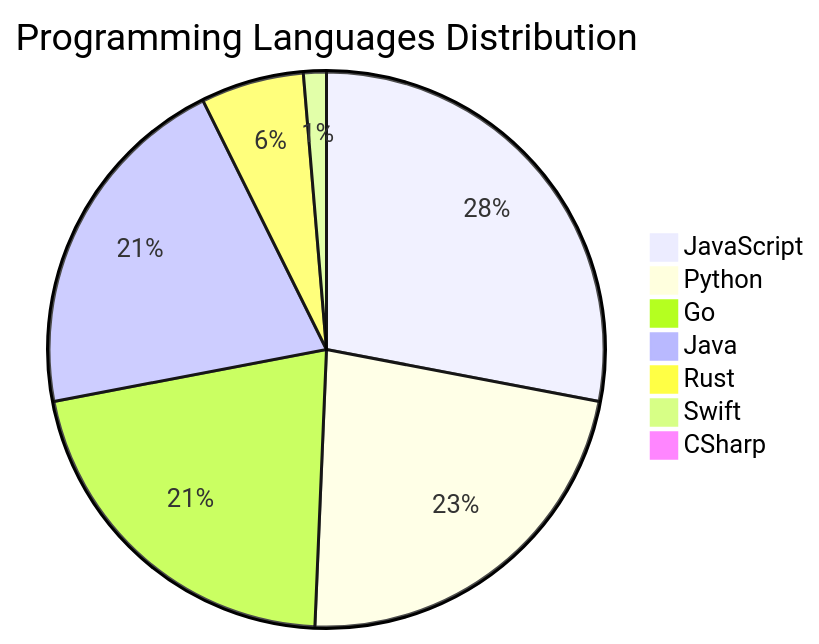
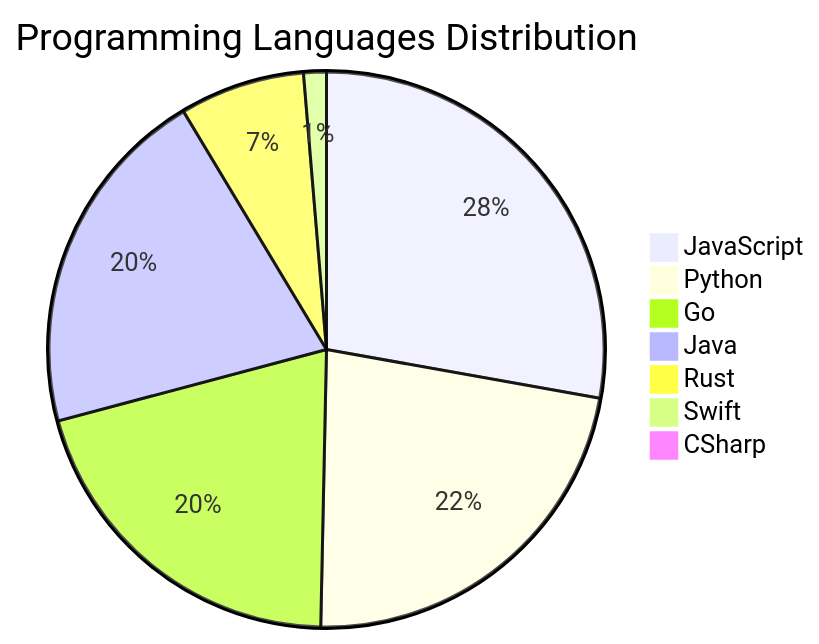
Before and after one commit to Derrick-MUGISHA/github-activity-bot: the diagram in README.md, drawn with Mermaid. The commit also changed other lines of this file and 4 other files, not shown here.

````diff
--- a/README.md
+++ b/README.md
@@ -207,10 +207,10 @@
 ```mermaid
 pie title Programming Languages Distribution
     "JavaScript" : 42
     "Python" : 34
-    "Go" : 32
+    "Go" : 31
     "Java" : 31
-    "Rust" : 9
+    "Rust" : 11
     "Swift" : 2
     "CSharp" : 1
 ```
````
